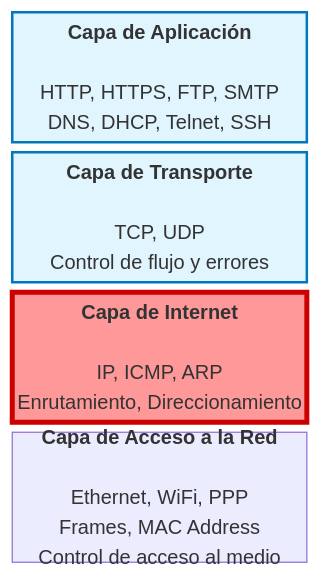
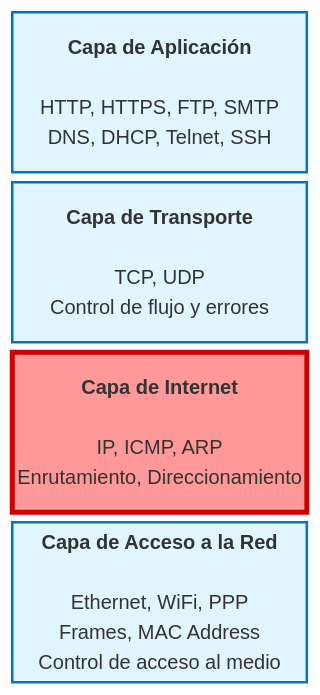
One commit to rrunix/jer_slides changed the first of 5 diagrams in ch1_p3_network.qmd. Above: the diagram before and after it, drawn with Mermaid. The commit also changed other lines of this file and 11 other files, not shown here.

````diff
--- a/ch1_p3_network.qmd
+++ b/ch1_p3_network.qmd
@@ -44,18 +44,18 @@
 ```{mermaid}
 block-beta
     columns 1
     
     A["<b>Capa de Aplicación</b><br/><br/>HTTP, HTTPS, FTP, SMTP<br/>DNS, DHCP, Telnet, SSH"]
     
     B["<b>Capa de Transporte</b><br/><br/>TCP, UDP<br/>Control de flujo y errores"]
     
     C["<b>Capa de Internet</b><br/><br/>IP, ICMP, ARP<br/>Enrutamiento, Direccionamiento"]
     
     D["<b>Capa de Acceso a la Red</b><br/><br/>Ethernet, WiFi, PPP<br/>Frames, MAC Address<br/>Control de acceso al medio"]
     
     classDef highlight fill:#ff9999,stroke:#cc0000,stroke-width:4px,color:#000
     classDef normal fill:#e1f5fe,stroke:#0277bd,stroke-width:2px,color:#000
     
     class C highlight
-    class A,B, D normal
+    class A,B,D normal
 ```
````
